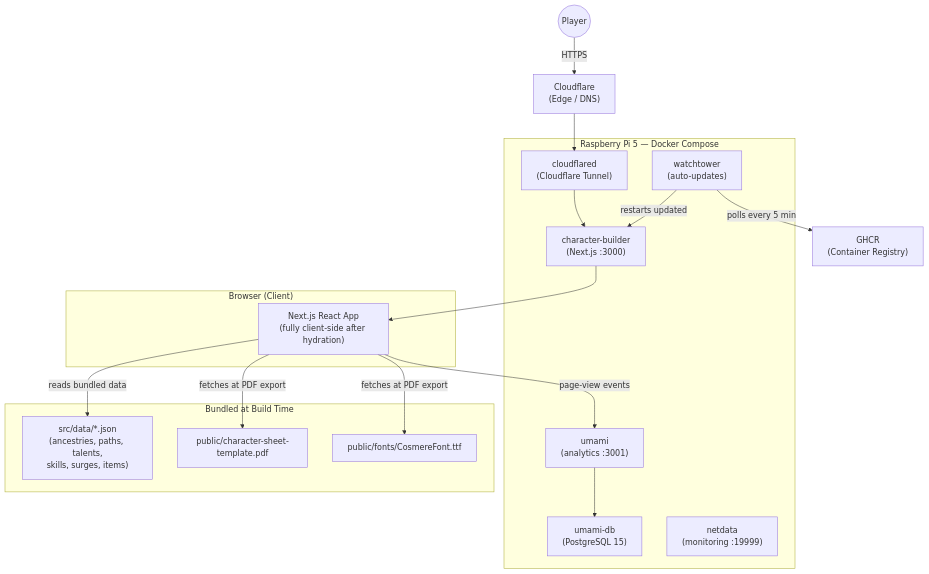
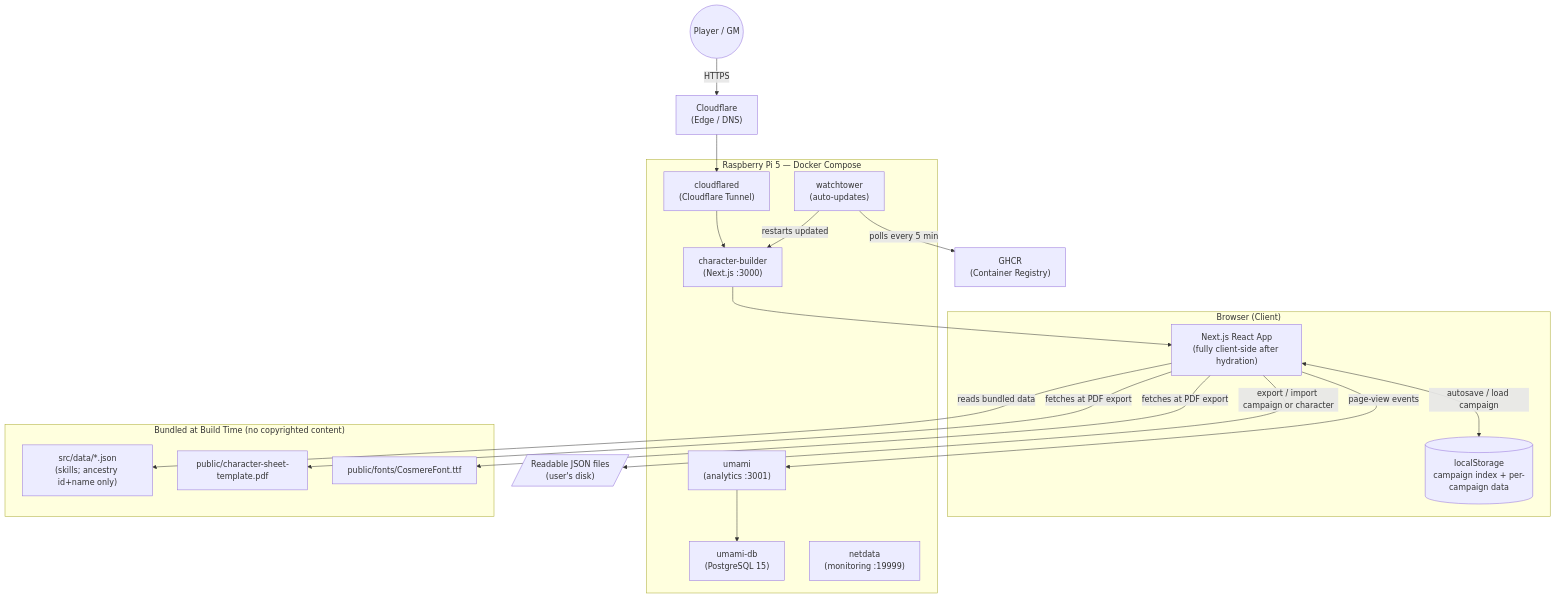
Before and after one commit to deafol/cosmere-rpg-character-builder: the first of 4 diagrams in docs/specs/architecture.md, drawn with Mermaid. The commit also changed other lines of this file and 1 other file, not shown here.

First line of the commit message:
docs: approve campaign-based re-architecture plan and target diagrams

````diff
--- a/docs/specs/architecture.md
+++ b/docs/specs/architecture.md
@@ -12,36 +24,39 @@
 ```mermaid
 flowchart TB
     subgraph Browser["Browser (Client)"]
         UI["Next.js React App\n(fully client-side after hydration)"]
+        LS[("localStorage\ncampaign index + per-campaign data")]
     end
 
     subgraph Deployment["Raspberry Pi 5 — Docker Compose"]
         CF["cloudflared\n(Cloudflare Tunnel)"]
         APP["character-builder\n(Next.js :3000)"]
         UMAMI["umami\n(analytics :3001)"]
         DB["umami-db\n(PostgreSQL 15)"]
         WT["watchtower\n(auto-updates)"]
         ND["netdata\n(monitoring :19999)"]
     end
 
-    subgraph Static["Bundled at Build Time"]
-        JSON["src/data/*.json\n(ancestries, paths, talents,\nskills, surges, items)"]
+    subgraph Static["Bundled at Build Time (no copyrighted content)"]
+        JSON["src/data/*.json\n(skills; ancestry id+name only)"]
         TMPL["public/character-sheet-template.pdf"]
         FONT["public/fonts/CosmereFont.ttf"]
     end
 
     GHCR["GHCR\n(Container Registry)"]
     CFCloud["Cloudflare\n(Edge / DNS)"]
 
-    User((Player)) -->|HTTPS| CFCloud
+    User((Player / GM)) -->|HTTPS| CFCloud
     CFCloud --> CF
     CF --> APP
     APP --> UI
     UI -->|reads bundled data| JSON
+    UI <-->|"autosave / load campaign"| LS
+    UI -->|"export / import campaign or character"| FILE[/"Readable JSON files\n(user's disk)"/]
     UI -->|fetches at PDF export| TMPL
     UI -->|fetches at PDF export| FONT
     WT -->|polls every 5 min| GHCR
     WT -->|restarts updated| APP
     UI -->|page-view events| UMAMI
     UMAMI --> DB
 ```
````
